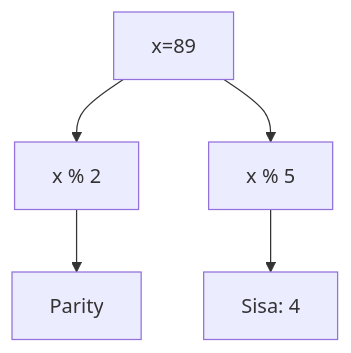
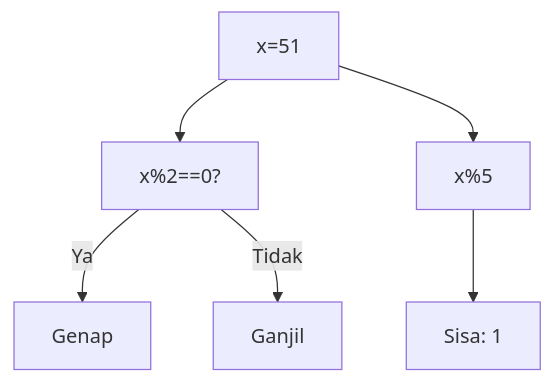
One commit to amnahwaida/OSNK_INF_PREP changed the tenth of 25 diagrams in part-c-pemahaman-cpp/03-perulangan/latihan/set-11.md. Above: the diagram before and after it, drawn with Mermaid. The commit also changed other lines of this file and 71 other files, not shown here.

Commit message:
Fixed Mermaid syntax lexical errors with quoted labels in 1,800 questions

````diff
--- a/part-c-pemahaman-cpp/03-perulangan/latihan/set-11.md
+++ b/part-c-pemahaman-cpp/03-perulangan/latihan/set-11.md
@@ -418,7 +297,8 @@
 ```mermaid
 graph TD
-A[x=89] --> B[x % 2]
-B --> C[Parity]
-A --> D[x % 5]
-D --> E[Sisa: 4]
+A["x=51"] --> B["x%2==0?"]
+B -- Ya --> C["Genap"]
+B -- Tidak --> D["Ganjil"]
+A --> E["x%5"]
+E --> F["Sisa: 1"]
 ```
````
